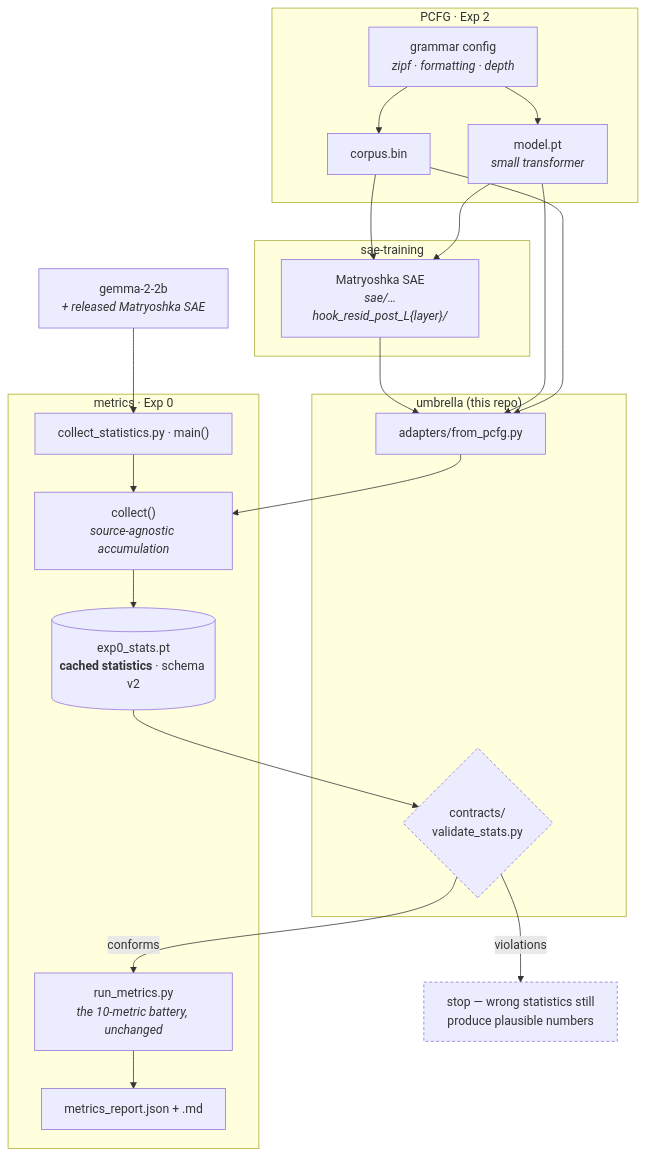
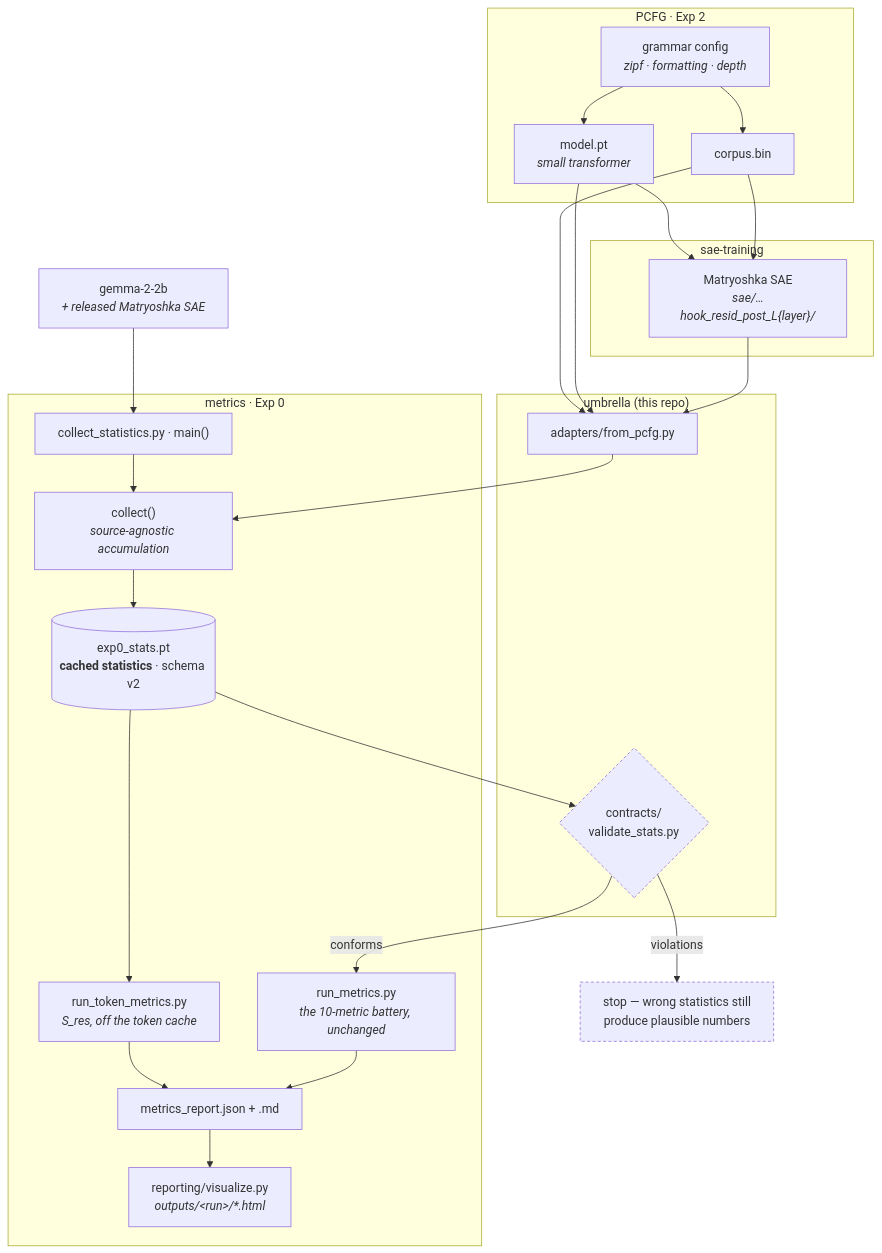
One commit to soar-eleuther-i6-hierarchy/soar-eleuther-i6-hierarchy changed the diagram in README.md. Above: the diagram before and after it, drawn with Mermaid. The commit also changed other lines of this file and 2 other files, not shown here.

First line of the commit message:
Log the PCFG grading run, and the near miss that made it possible

````diff
--- a/README.md
+++ b/README.md
@@ -48,47 +48,52 @@
 ```mermaid
 flowchart TD
     G["grammar config<br/><i>zipf · formatting · depth</i>"] --> CORP["corpus.bin"]
     G --> BM["model.pt<br/><i>small transformer</i>"]
     CORP --> PSAE["Matryoshka SAE<br/><i>sae/…hook_resid_post_L{layer}/</i>"]
     BM --> PSAE
 
     GEM["gemma-2-2b<br/><i>+ released Matryoshka SAE</i>"]
 
     PSAE --> AD["adapters/from_pcfg.py"]
     BM --> AD
     CORP --> AD
     GEM --> MAIN["collect_statistics.py · main()"]
 
     AD --> COL["collect()<br/><i>source-agnostic accumulation</i>"]
     MAIN --> COL
 
     COL --> ST[("exp0_stats.pt<br/><b>cached statistics</b> · schema v2")]
 
     ST --> VAL{"contracts/<br/>validate_stats.py"}
     VAL -->|violations| STOP["stop — wrong statistics still<br/>produce plausible numbers"]
     VAL -->|conforms| RM["run_metrics.py<br/><i>the 10-metric battery, unchanged</i>"]
     RM --> REP["metrics_report.json + .md"]
+    ST --> TOK["run_token_metrics.py<br/><i>S_res, off the token cache</i>"]
+    TOK --> REP
+    REP --> PAGE["reporting/visualize.py<br/><i>outputs/&lt;run&gt;/*.html</i>"]
 
     subgraph pcfgrepo [" PCFG · Exp 2 "]
         G
         CORP
         BM
     end
     subgraph saerepo [" sae-training "]
         PSAE
     end
     subgraph umbrella [" umbrella (this repo) "]
         AD
         VAL
     end
     subgraph metricsrepo [" metrics · Exp 0 "]
         MAIN
         COL
         ST
         RM
+        TOK
         REP
+        PAGE
     end
 
     classDef gate stroke-dasharray: 4 3
     class VAL,STOP gate
 ```
````
